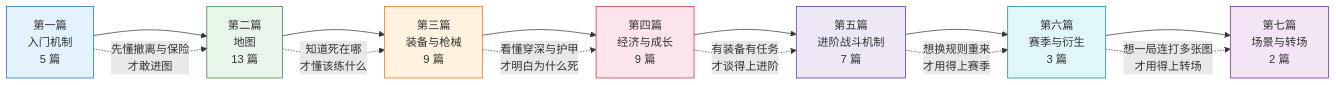
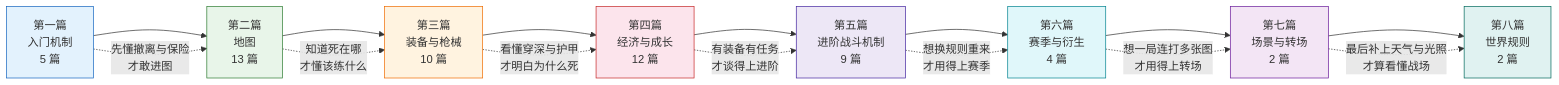
Before and after one commit to GTX950L/tarkov-encyclopedia: the diagram in content/README.md, drawn with Mermaid. The commit also changed other lines of this file and 66 other files, not shown here.

````diff
--- a/content/README.md
+++ b/content/README.md
@@ -16,24 +16,27 @@
 ```mermaid
 flowchart LR
     A[第一篇<br/>入门机制<br/>5 篇] --> B[第二篇<br/>地图<br/>13 篇]
-    B --> C[第三篇<br/>装备与枪械<br/>9 篇]
-    C --> D[第四篇<br/>经济与成长<br/>9 篇]
-    D --> E[第五篇<br/>进阶战斗机制<br/>7 篇]
-    E --> F[第六篇<br/>赛季与衍生<br/>3 篇]
+    B --> C[第三篇<br/>装备与枪械<br/>10 篇]
+    C --> D[第四篇<br/>经济与成长<br/>12 篇]
+    D --> E[第五篇<br/>进阶战斗机制<br/>9 篇]
+    E --> F[第六篇<br/>赛季与衍生<br/>4 篇]
     F --> G[第七篇<br/>场景与转场<br/>2 篇]
+    G --> H[第八篇<br/>世界规则<br/>2 篇]
 
     A -. 先懂撤离与保险<br/>才敢进图 .-> B
     B -. 知道死在哪<br/>才懂该练什么 .-> C
     C -. 看懂穿深与护甲<br/>才明白为什么死 .-> D
     D -. 有装备有任务<br/>才谈得上进阶 .-> E
     E -. 想换规则重来<br/>才用得上赛季 .-> F
     F -. 想一局连打多张图<br/>才用得上转场 .-> G
+    G -. 最后补上天气与光照<br/>才算看懂战场 .-> H
 
     style A fill:#e3f2fd,stroke:#1565c0
     style B fill:#e8f5e9,stroke:#2e7d32
     style C fill:#fff3e0,stroke:#ef6c00
     style D fill:#fce4ec,stroke:#c62828
     style E fill:#ede7f6,stroke:#4527a0
     style F fill:#e0f7fa,stroke:#00838f
     style G fill:#f3e5f5,stroke:#6a1b9a
+    style H fill:#e0f2f1,stroke:#00695c
 ```
````
